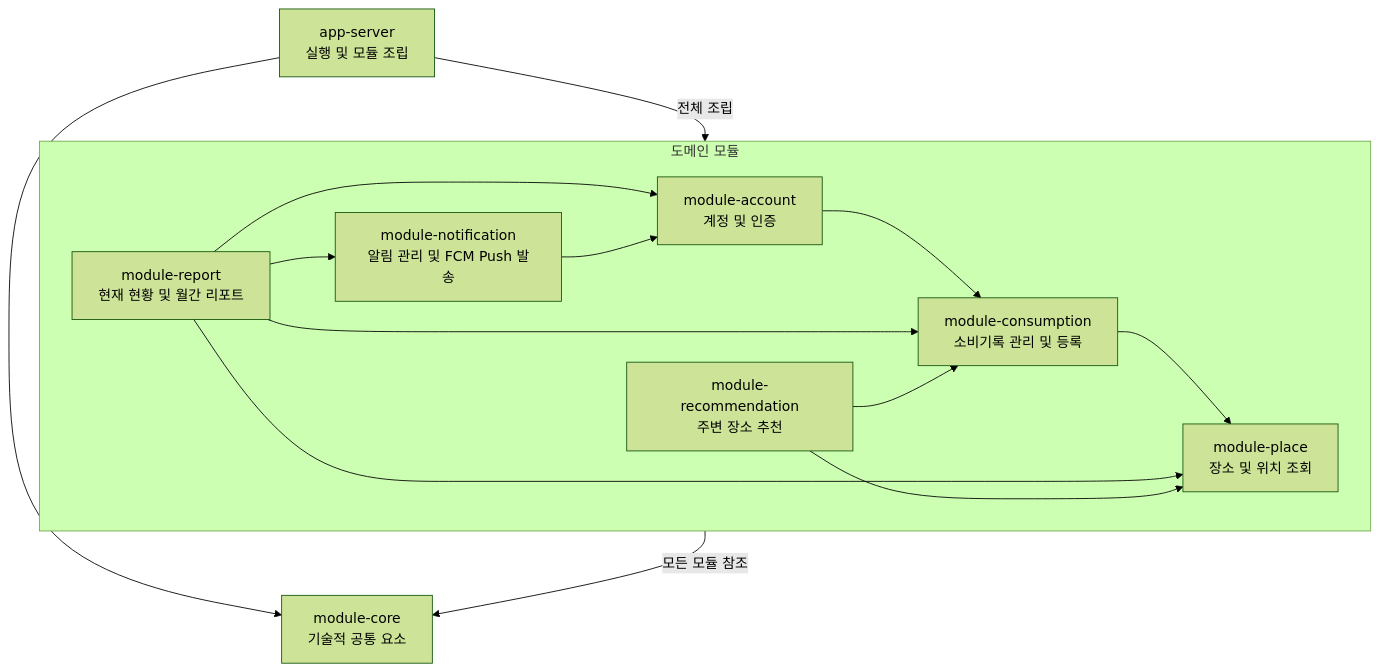
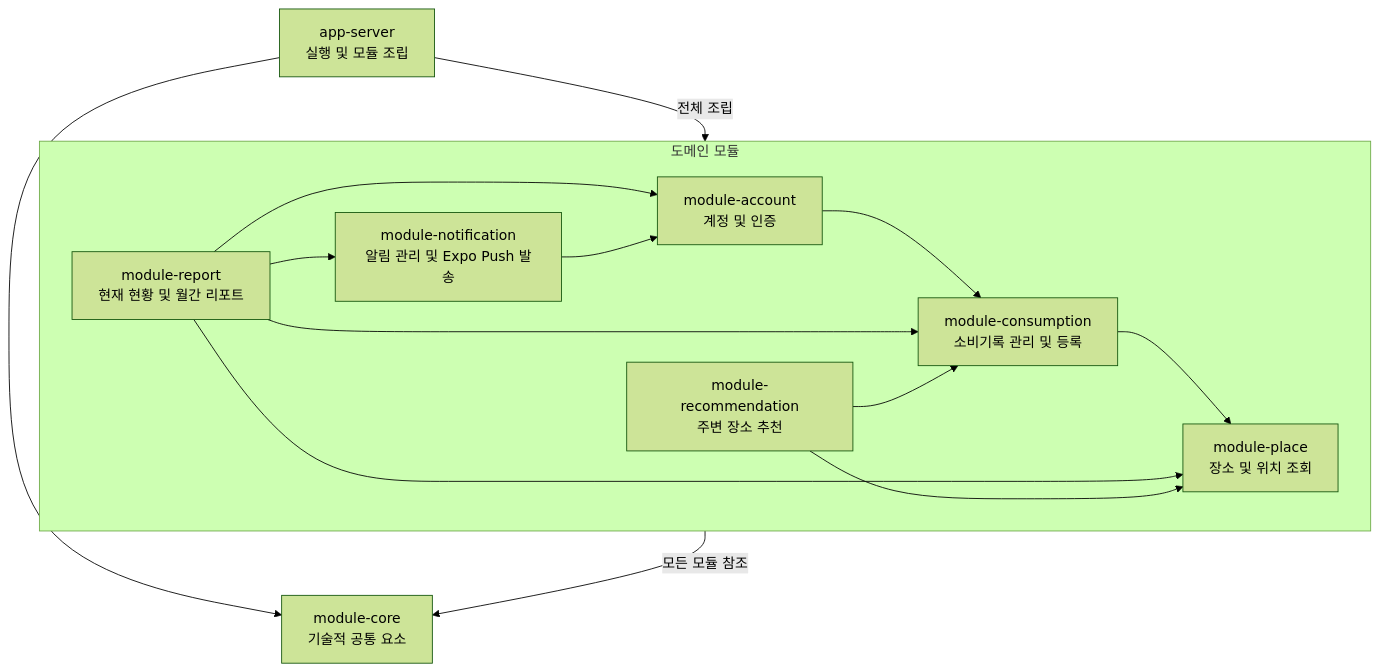
The second of 3 diagrams in docs/architecture.md (dnd-side-project/dnd-15th-5-backend), drawn with Mermaid (forest theme) before and after one commit. The commit also changed other lines of this file and 2 other files, not shown here.

Commit message:
chore: 운영·테스트 설정을 Expo Push 기준으로 전환

````diff
--- a/docs/architecture.md
+++ b/docs/architecture.md
@@ -205,30 +205,30 @@
 ```mermaid
 flowchart TB
     App["app-server<br/>실행 및 모듈 조립"]
 
     subgraph DomainModules["도메인 모듈"]
         direction LR
         Account["module-account<br/>계정 및 인증"]
         Report["module-report<br/>현재 현황 및 월간 리포트"]
         Recommendation["module-recommendation<br/>주변 장소 추천"]
         Consumption["module-consumption<br/>소비기록 관리 및 등록"]
         Place["module-place<br/>장소 및 위치 조회"]
-        Notification["module-notification<br/>알림 관리 및 FCM Push 발송"]
+        Notification["module-notification<br/>알림 관리 및 Expo Push 발송"]
 
         Account --> Consumption
         Consumption --> Place
         Report --> Consumption
         Report --> Place
         Report --> Account
         Report --> Notification
         Notification --> Account
         Recommendation --> Consumption
         Recommendation --> Place
     end
 
     Core["module-core<br/>기술적 공통 요소"]
 
     App -->|"전체 조립"| DomainModules
     App --> Core
     DomainModules -->|"모든 모듈 참조"| Core
 ```
````
